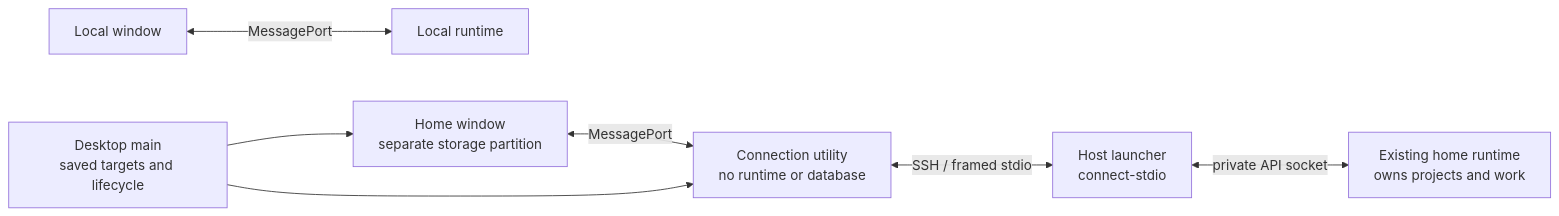
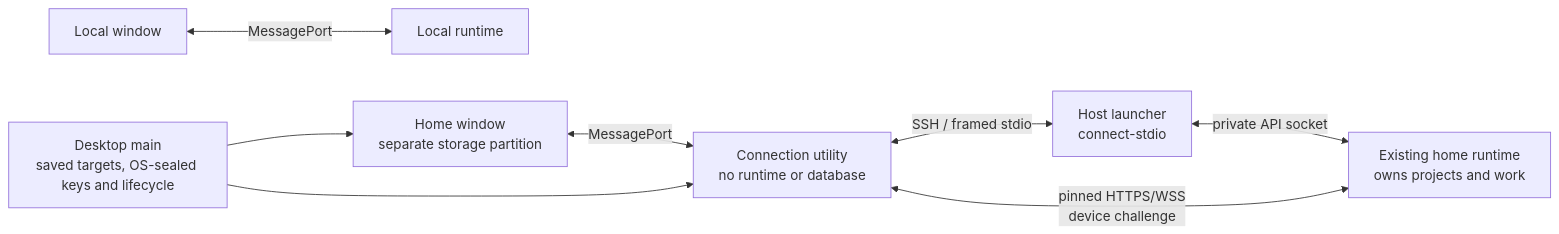
Before and after one commit to AltharIDE/althar: the first of 2 diagrams in apps/desktop/ARCHITECTURE.md, drawn with Mermaid. The commit also changed other lines of this file and 64 other files, not shown here.

Commit message:
Pair desktop devices with personal homes over pinned HTTPS

````diff
--- a/apps/desktop/ARCHITECTURE.md
+++ b/apps/desktop/ARCHITECTURE.md
@@ -15,9 +17,10 @@
 ```mermaid
 flowchart LR
     Local["Local window"] <-->|"MessagePort"| Runtime["Local runtime"]
     Remote["Home window<br/>separate storage partition"] <-->|"MessagePort"| Transport["Connection utility<br/>no runtime or database"]
     Transport <-->|"SSH / framed stdio"| Host["Host launcher<br/>connect-stdio"]
     Host <-->|"private API socket"| Home["Existing home runtime<br/>owns projects and work"]
-    Main["Desktop main<br/>saved targets and lifecycle"] --> Transport
+    Transport <-->|"pinned HTTPS/WSS<br/>device challenge"| Home
+    Main["Desktop main<br/>saved targets, OS-sealed keys and lifecycle"] --> Transport
     Main --> Remote
 ```
````
